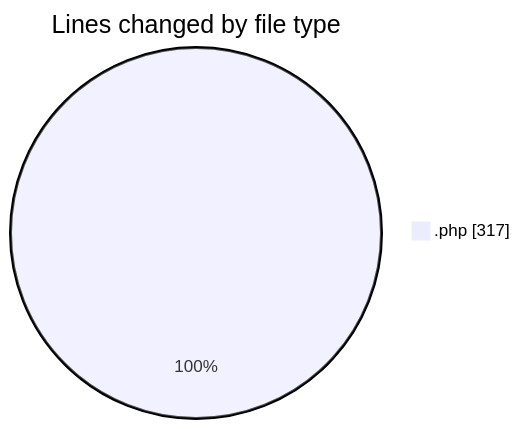
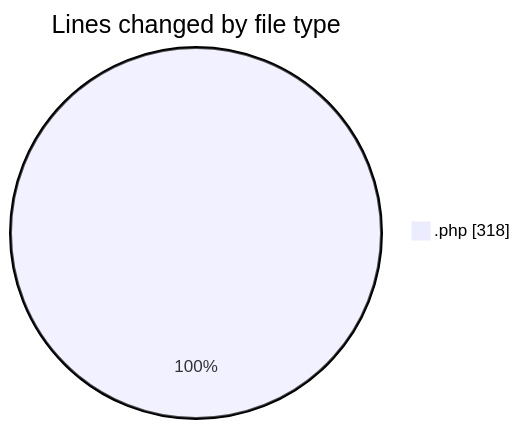
The first of 2 diagrams in 2026-09-14/web/README.md (LanceThiago/code-tracking), drawn with Mermaid before and after one commit. The commit also changed other lines of this file and 1 other file, not shown here.

````diff
--- a/2026-09-14/web/README.md
+++ b/2026-09-14/web/README.md
@@ -21,5 +21,5 @@
 ```mermaid
 pie showData
 title Lines changed by file type
-".php" : 317
+".php" : 318
 ```
````
